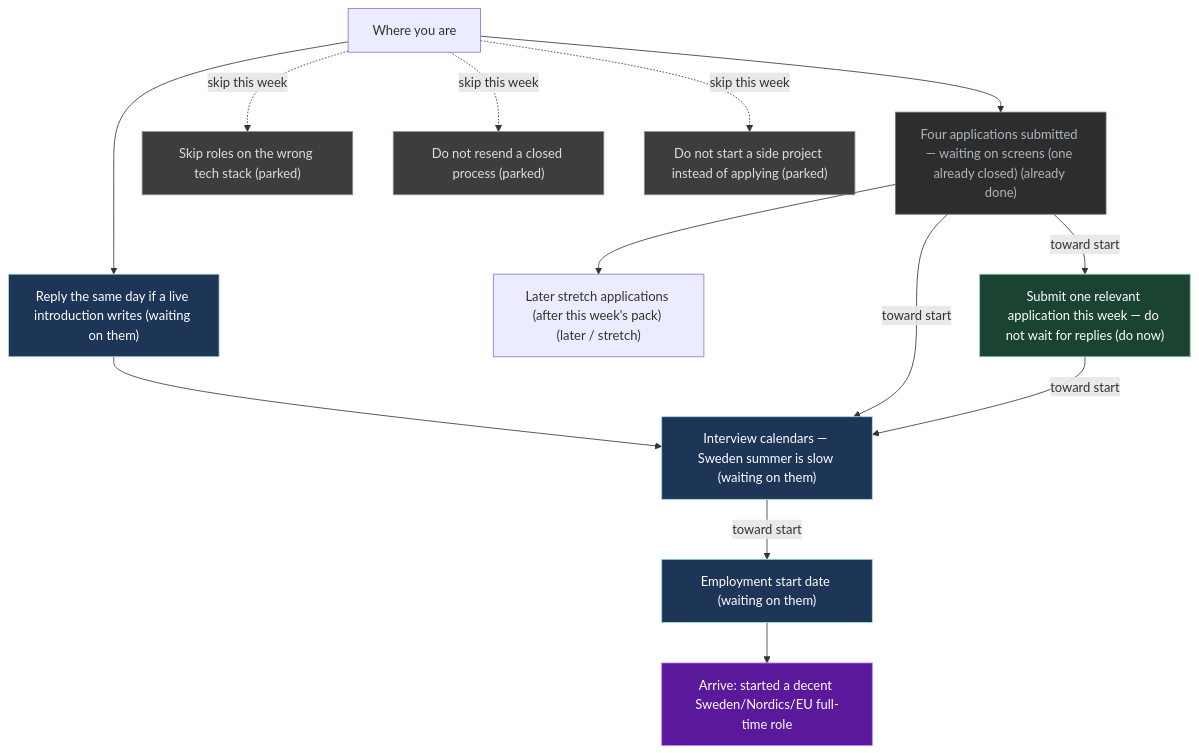
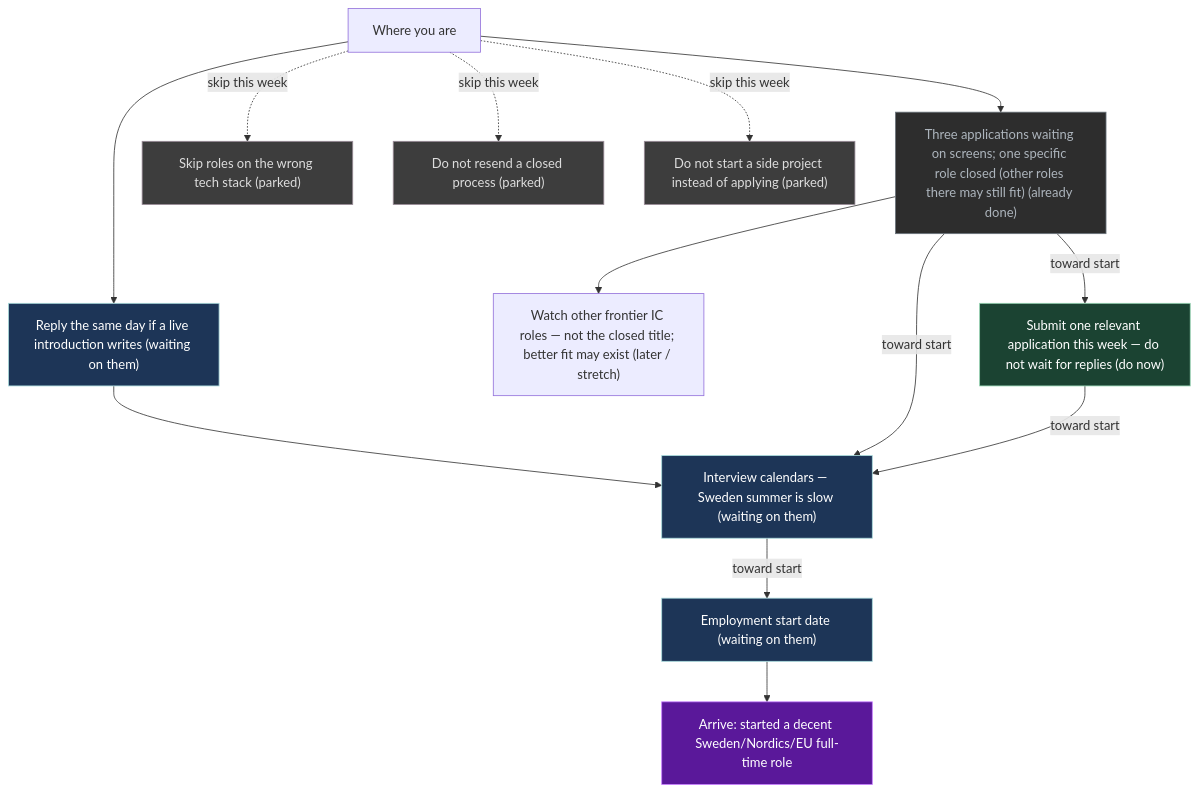
Before and after one commit to p10ns11y/life-os: the diagram in UI/Mission.md, drawn with Mermaid. The commit also changed other lines of this file and 2 other files, not shown here.

First line of the commit message:
docs: three waiting applies; one closed req not the whole campaign

````diff
--- a/UI/Mission.md
+++ b/UI/Mission.md
@@ -56,36 +56,36 @@
 ```mermaid
 flowchart TB
   x["Where you are"]
   G["Arrive: started a decent Sweden/Nordics/EU full-time role"]
   S0["Reply the same day if a live introduction writes (waiting on them)"]
-  S1["Four applications submitted — waiting on screens (one already closed) (already done)"]
-  S2["Later stretch applications (after this week's pack) (later / stretch)"]
+  S1["Three applications waiting on screens; one specific role closed (other roles there may still fit) (already done)"]
+  S2["Watch other frontier IC roles — not the closed title; better fit may exist (later / stretch)"]
   S3["Submit one relevant application this week — do not wait for replies (do now)"]
   S4["Interview calendars — Sweden summer is slow (waiting on them)"]
   S5["Employment start date (waiting on them)"]
   P1["Skip roles on the wrong tech stack (parked)"]
   P2["Do not resend a closed process (parked)"]
   P3["Do not start a side project instead of applying (parked)"]
   x --> S0
   x --> S1
   S1 --> S2
   S1 -->|"toward start"| S3
   S0 --> S4
   S1 -->|"toward start"| S4
   S3 -->|"toward start"| S4
   S4 -->|"toward start"| S5
   x -.->|"skip this week"| P1
   x -.->|"skip this week"| P2
   x -.->|"skip this week"| P3
   S5 --> G
   classDef do fill:#1b4332,stroke:#95d5b2,color:#fff
   classDef wait fill:#1d3557,stroke:#a8dadc,color:#fff
   classDef park fill:#3d3d3d,stroke:#9a8c98,color:#ddd
   classDef done fill:#2d2d2d,stroke:#6c757d,color:#adb5bd
   classDef goal fill:#5a189a,stroke:#c77dff,color:#fff
   class G goal
   class S3 do
   class S0,S4,S5 wait
   class P1,P2,P3 park
   class S1 done
 ```
````
